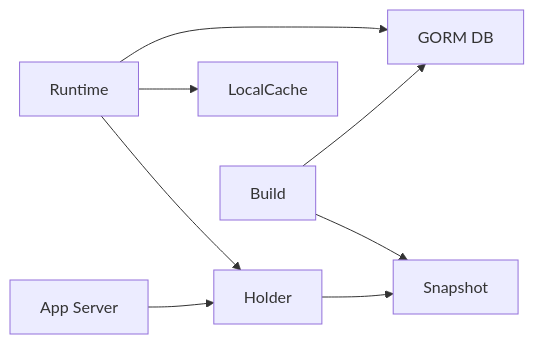
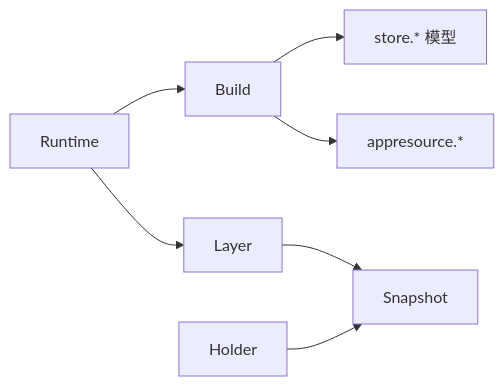
One commit to x01n/My-OpenWaf changed the eighth of 8 diagrams in docs/配置管理系统/配置快照机制.md. Above: the diagram before and after it, drawn with Mermaid. The commit also changed other lines of this file and 199 other files, not shown here.

````diff
--- a/docs/配置管理系统/配置快照机制.md
+++ b/docs/配置管理系统/配置快照机制.md
@@ -241,10 +392,9 @@
 ```mermaid
 graph LR
-RT["Runtime"] --> DB["GORM DB"]
-RT --> LC["LocalCache"]
-RT --> HH["Holder"]
-HH --> SH["Snapshot"]
-SB["Build"] --> DB
-SB --> SH
-APP["App Server"] --> HH
+Build --> StoreModels["store.* 模型"]
+Build --> AppRes["appresource.*"]
+Runtime --> Build
+Runtime --> Layer
+Layer --> Snapshot
+Holder --> Snapshot
 ```
````
